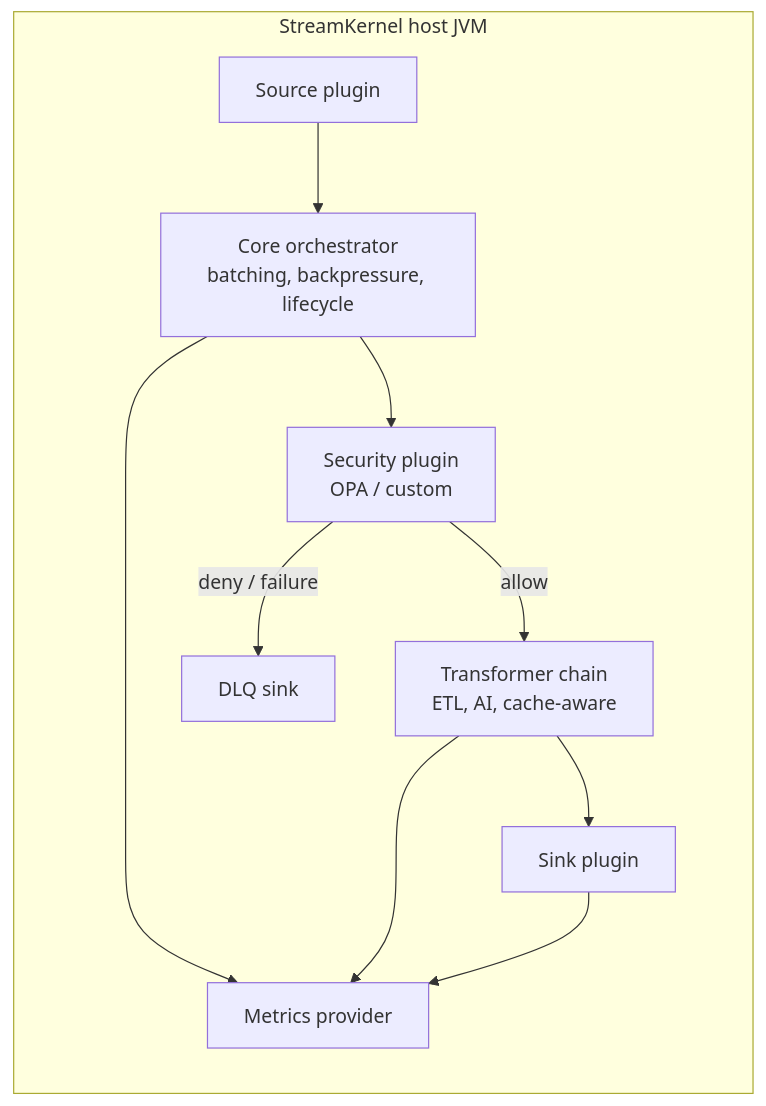
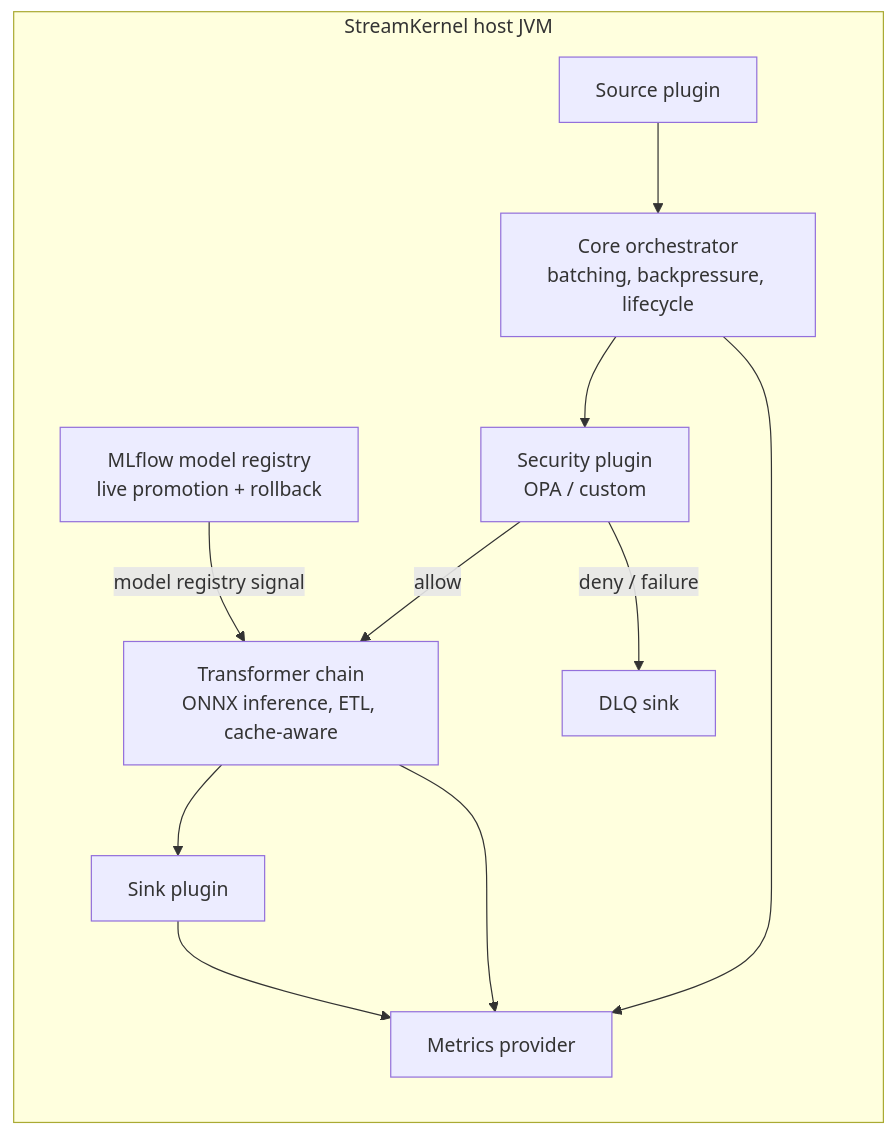
One commit to IntuitiveDesigns/StreamKernel-io changed the diagram in README.md. Above: the diagram before and after it, drawn with Mermaid. The commit also changed other lines of this file and 1 other file, not shown here.

Commit message:
Add AI enrichment docs and MLflow benchmark evidence (#5)

````diff
--- a/README.md
+++ b/README.md
@@ -51,19 +67,21 @@
 ```mermaid
 flowchart LR
   subgraph Host["StreamKernel host JVM"]
     Src["Source plugin"]
     Kernel["Core orchestrator<br/>batching, backpressure, lifecycle"]
     Policy["Security plugin<br/>OPA / custom"]
-    Transform["Transformer chain<br/>ETL, AI, cache-aware"]
+    Transform["Transformer chain<br/>ONNX inference, ETL, cache-aware"]
     Sink["Sink plugin"]
     Dlq["DLQ sink"]
     Metrics["Metrics provider"]
+    MLflow["MLflow model registry<br/>live promotion + rollback"]
   end
 
+  MLflow -->|model registry signal| Transform
   Src --> Kernel --> Policy
   Policy -->|allow| Transform --> Sink
   Policy -->|deny / failure| Dlq
   Kernel --> Metrics
   Transform --> Metrics
   Sink --> Metrics
 ```
````
